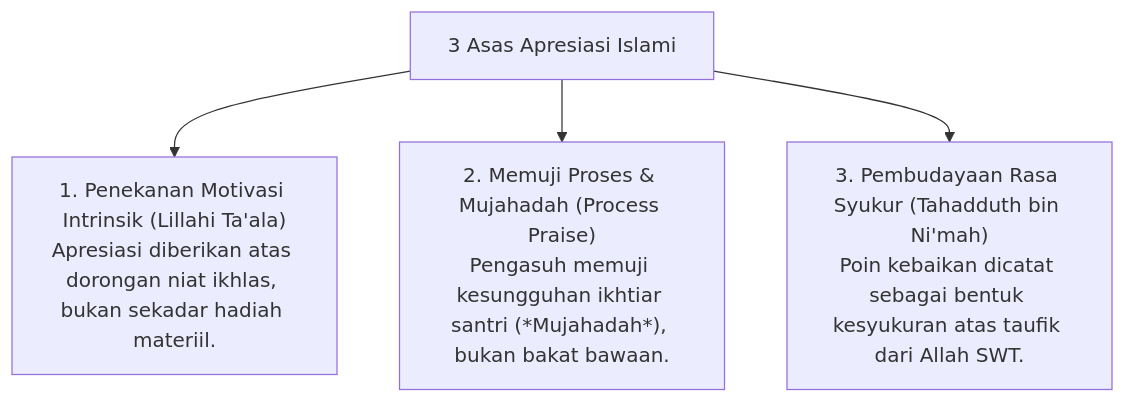
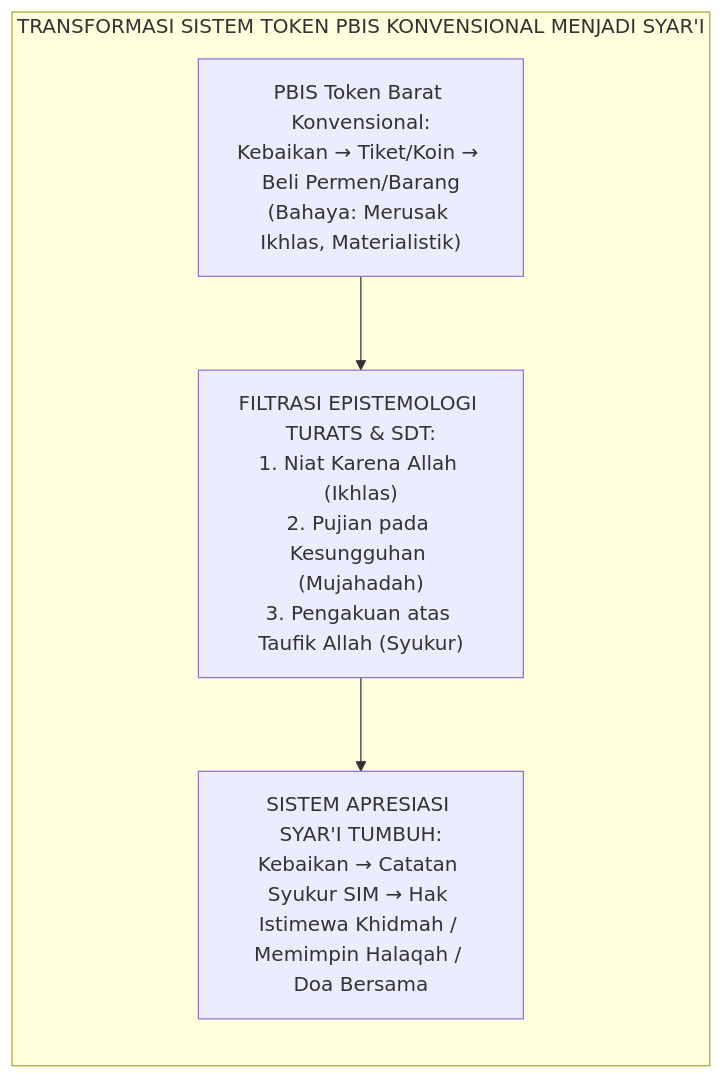
Before and after one commit to wandiapriliyandi/tumbuh: the first of 2 diagrams in 08 Integrated Approaches/01 PBIS/P8-01-02-Integrasi-Nilai-Syari-dalam-Sistem-Apresiasi-PBIS.md, drawn with Mermaid. The commit also changed other lines of this file and 3 other files, not shown here.

````diff
--- a/08 Integrated Approaches/01 PBIS/P8-01-02-Integrasi-Nilai-Syari-dalam-Sistem-Apresiasi-PBIS.md
+++ b/08 Integrated Approaches/01 PBIS/P8-01-02-Integrasi-Nilai-Syari-dalam-Sistem-Apresiasi-PBIS.md
@@ -14,7 +28,7 @@
 ```mermaid
-graph TD
-    SyariPBIS["3 Asas Apresiasi Islami"]
-    SyariPBIS --> IntrinsicMotivation["1. Penekanan Motivasi Intrinsik (Lillahi Ta'ala)<br/>Apresiasi diberikan atas dorongan niat ikhlas, bukan sekadar hadiah materiil."]
-    SyariPBIS --> PraiseEffort["2. Memuji Proses & Mujahadah (Process Praise)<br/>Pengasuh memuji kesungguhan ikhtiar santri (*Mujahadah*), bukan bakat bawaan."]
-    SyariPBIS --> GratitudeCulture["3. Pembudayaan Rasa Syukur (Tahadduth bin Ni'mah)<br/>Poin kebaikan dicatat sebagai bentuk kesyukuran atas taufik dari Allah SWT."]
+flowchart LR
+    subgraph SyariTransformation["TRANSFORMASI SISTEM TOKEN PBIS KONVENSIONAL MENJADI SYAR'I"]
+        West["PBIS Token Barat Konvensional:<br/>Kebaikan → Tiket/Koin → Beli Permen/Barang<br/>(Bahaya: Merusak Ikhlas, Materialistik)"] --> Filter["FILTRASI EPISTEMOLOGI TURATS & SDT:<br/>1. Niat Karena Allah (Ikhlas)<br/>2. Pujian pada Kesungguhan (Mujahadah)<br/>3. Pengakuan atas Taufik Allah (Syukur)"]
+        Filter --> Syari["SISTEM APRESIASI SYAR'I TUMBUH:<br/>Kebaikan → Catatan Syukur SIM → Hak Istimewa Khidmah / Memimpin Halaqah / Doa Bersama"]
+    end
 ```
````
